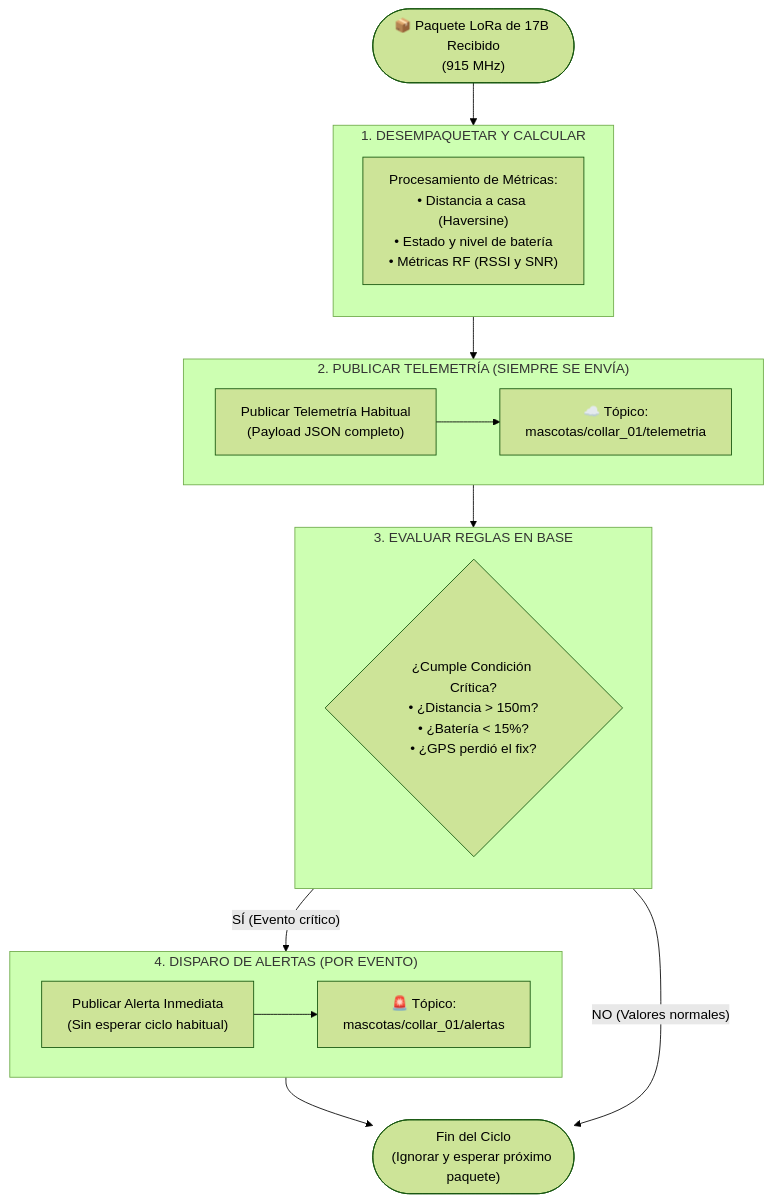
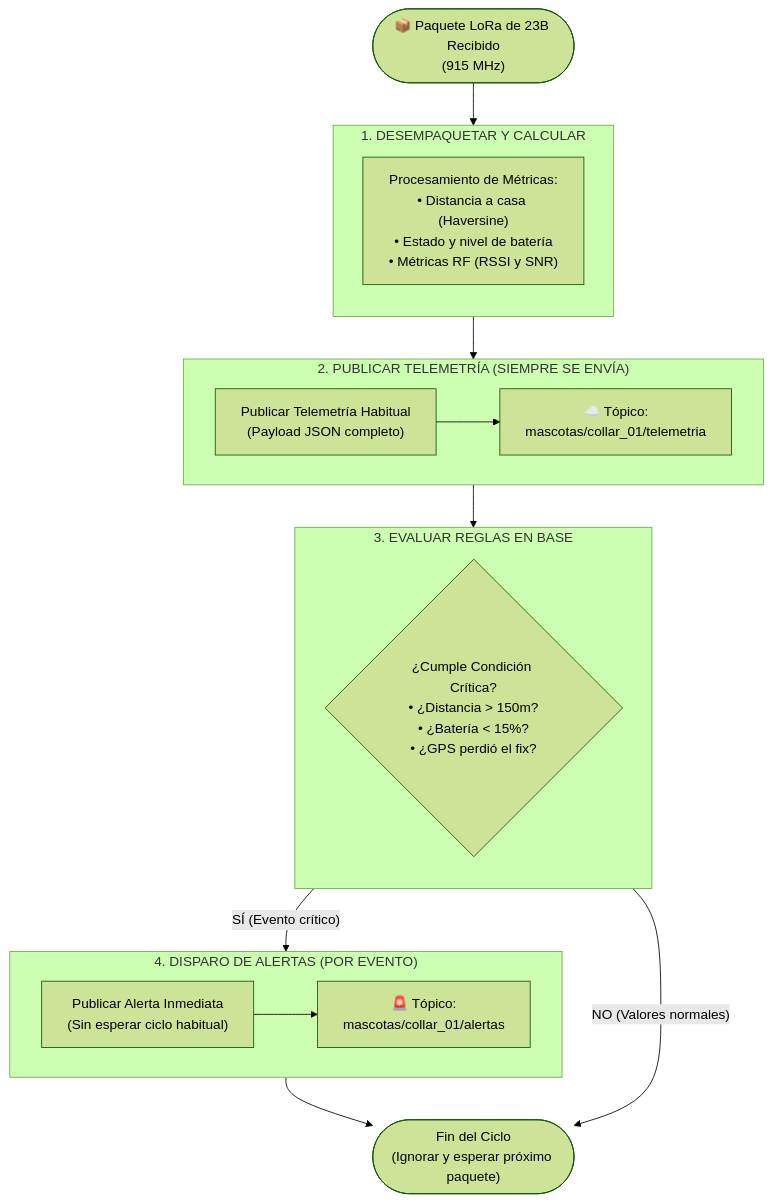
One commit to Piero16301/Michi_Link changed the third of 3 diagrams in README.md. Above: the diagram before and after it, drawn with Mermaid (forest theme). The commit also changed other lines of this file and 5 other files, not shown here.

````diff
--- a/README.md
+++ b/README.md
@@ -230,44 +230,44 @@
 ```mermaid
 flowchart TD
     %% RECEPCIÓN
-    RX(["📦 Paquete LoRa de 17B Recibido\n(915 MHz)"])
+    RX(["📦 Paquete LoRa de 23B Recibido\n(915 MHz)"])
 
     %% ETAPA 1: DESEMPAQUETAR Y CALCULAR
     subgraph E1 ["1. DESEMPAQUETAR Y CALCULAR"]
         direction TB
         CALC["Procesamiento de Métricas:\n• Distancia a casa (Haversine)\n• Estado y nivel de batería\n• Métricas RF (RSSI y SNR)"]
     end
 
     %% ETAPA 2: PUBLICAR TELEMETRÍA
     subgraph E2 ["2. PUBLICAR TELEMETRÍA (SIEMPRE SE ENVÍA)"]
         direction LR
         PUB_TEL["Publicar Telemetría Habitual\n(Payload JSON completo)"]
         TOP_TEL["☁️ Tópico:\nmascotas/collar_01/telemetria"]
         PUB_TEL --> TOP_TEL
     end
 
     %% ETAPA 3: EVALUAR REGLAS
     subgraph E3 ["3. EVALUAR REGLAS EN BASE"]
         direction TB
         CHECK{"¿Cumple Condición Crítica?\n• ¿Distancia > 150m?\n• ¿Batería < 15%?\n• ¿GPS perdió el fix?"}
     end
 
     %% ETAPA 4: PUBLICAR ALERTA
     subgraph E4 ["4. DISPARO DE ALERTAS (POR EVENTO)"]
         direction LR
         PUB_ALT["Publicar Alerta Inmediata\n(Sin esperar ciclo habitual)"]
         TOP_ALT["🚨 Tópico:\nmascotas/collar_01/alertas"]
         PUB_ALT --> TOP_ALT
     end
 
     FIN(["Fin del Ciclo\n(Ignorar y esperar próximo paquete)"])
 
     %% CONEXIONES DEL FLUJO
     RX --> CALC
     CALC --> PUB_TEL
     PUB_TEL --> CHECK
 
     CHECK -->|"SÍ (Evento crítico)"| PUB_ALT
     CHECK -->|"NO (Valores normales)"| FIN
     PUB_ALT --> FIN
 ```
````
